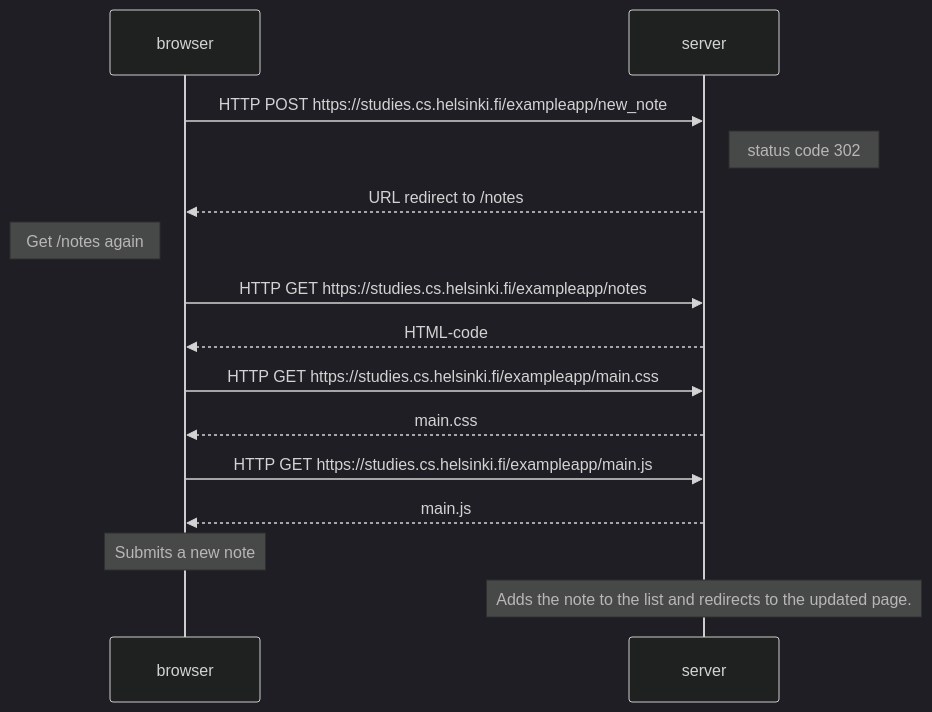
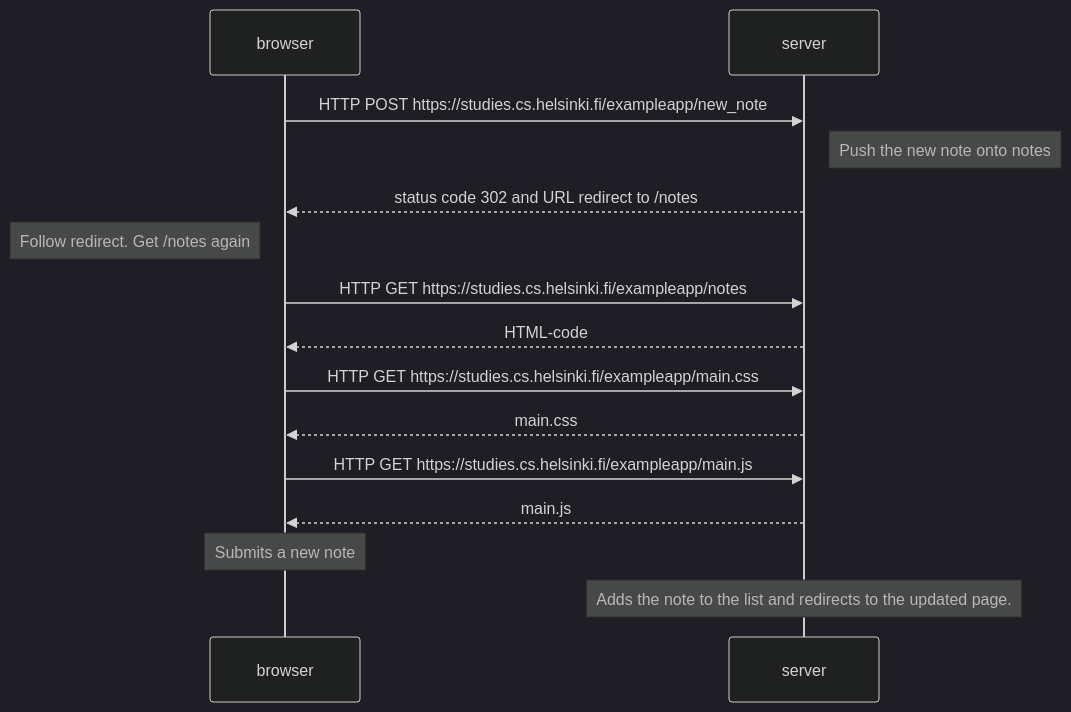
Before and after one commit to lydiadunning/FSO: the diagram in ex0_4.md, drawn with Mermaid (dark theme).

````diff
--- a/ex0_4.md
+++ b/ex0_4.md
@@ -5,17 +5,17 @@
 ```mermaid
 sequenceDiagram
 browser->>server: HTTP POST https://studies.cs.helsinki.fi/exampleapp/new_note
-Note right of server: status code 302 
-server-->>browser: URL redirect to /notes
-Note left of browser: Get /notes again
+Note right of server: Push the new note onto notes
+server-->>browser: status code 302 and URL redirect to /notes
+Note left of browser: Follow redirect. Get /notes again
 browser->>server: HTTP GET https://studies.cs.helsinki.fi/exampleapp/notes
 server-->>browser: HTML-code
 browser->>server: HTTP GET https://studies.cs.helsinki.fi/exampleapp/main.css
 server-->>browser: main.css
 browser->>server: HTTP GET https://studies.cs.helsinki.fi/exampleapp/main.js
 server-->>browser: main.js
 Note over browser: Submits a new note
 Note over server: Adds the note to the list and redirects to the updated page.
 
 
 ```
````
